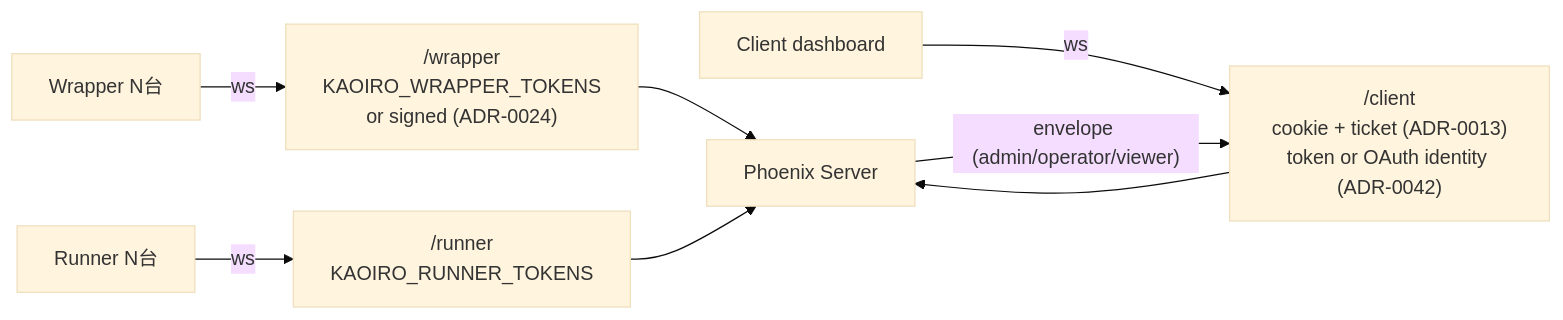
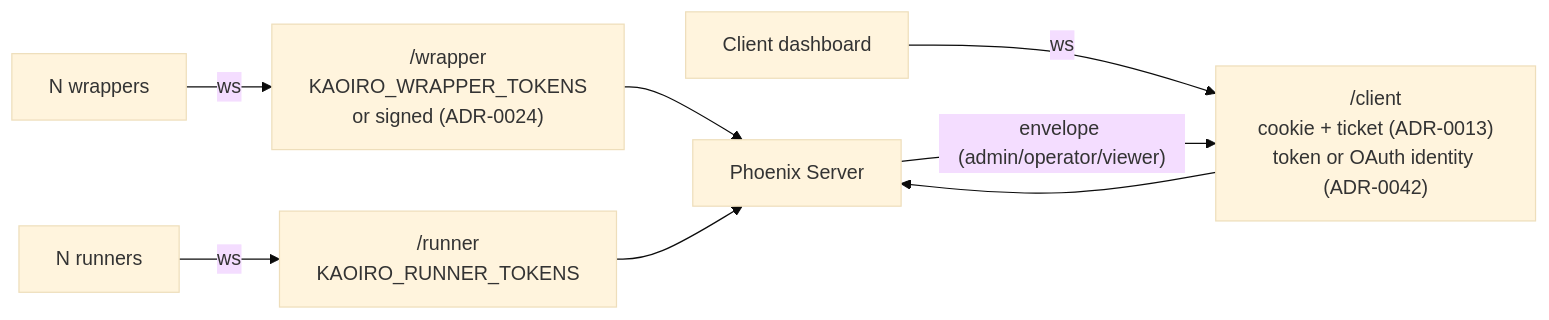
The diagram in docs/specs/auth-and-authz.md (sakuraiyuta/kaoiro), drawn with Mermaid (base theme) before and after one commit. The commit also changed other lines of this file, not shown here.

````diff
--- a/docs/specs/auth-and-authz.md
+++ b/docs/specs/auth-and-authz.md
@@ -26,10 +27,10 @@
 ```mermaid
 flowchart LR
-  W[Wrapper N台] -->|ws| WS["/wrapper<br/>KAOIRO_WRAPPER_TOKENS<br/>or signed (ADR-0024)"]
-  R[Runner N台] -->|ws| RS["/runner<br/>KAOIRO_RUNNER_TOKENS"]
+  W["N wrappers"] -->|ws| WS["/wrapper<br/>KAOIRO_WRAPPER_TOKENS<br/>or signed (ADR-0024)"]
+  R["N runners"] -->|ws| RS["/runner<br/>KAOIRO_RUNNER_TOKENS"]
   C[Client dashboard] -->|ws| CS["/client<br/>cookie + ticket (ADR-0013)<br/>token or OAuth identity (ADR-0042)"]
   WS --> SRV[Phoenix Server]
   RS --> SRV
   CS --> SRV
   SRV -->|"envelope (admin/operator/viewer)"| CS
 ```
````
